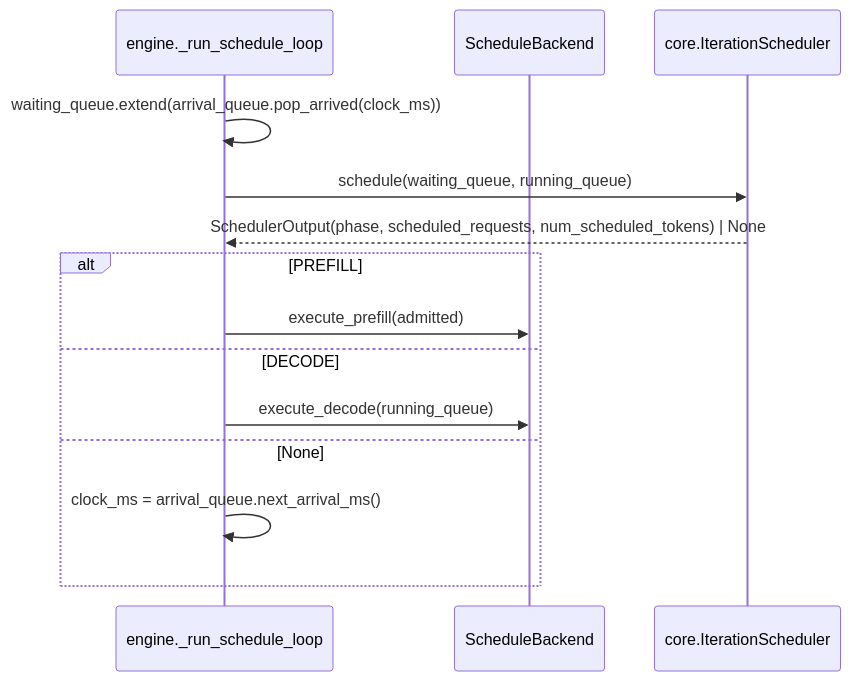
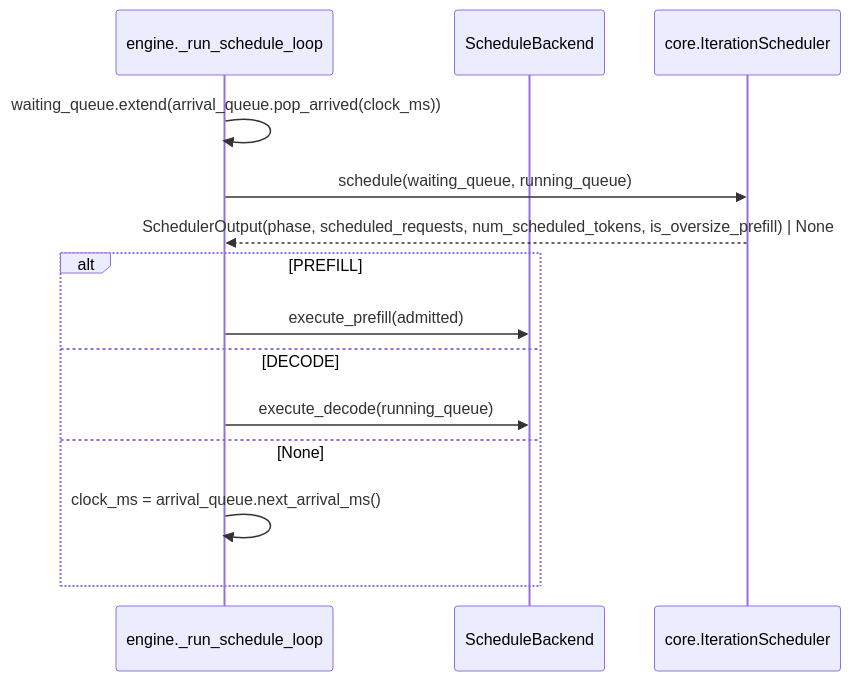
Before and after one commit to yurun00/mini-infra-qwen3: the diagram in docs/architecture/iteration-scheduling.md, drawn with Mermaid. The commit also changed other lines of this file and 34 other files, not shown here.

````diff
--- a/docs/architecture/iteration-scheduling.md
+++ b/docs/architecture/iteration-scheduling.md
@@ -11,16 +11,16 @@
 ```mermaid
 sequenceDiagram
     participant L as engine._run_schedule_loop
     participant B as ScheduleBackend
     participant S as core.IterationScheduler
     L->>L: waiting_queue.extend(arrival_queue.pop_arrived(clock_ms))
     L->>S: schedule(waiting_queue, running_queue)
-    S-->>L: SchedulerOutput(phase, scheduled_requests, num_scheduled_tokens) | None
+    S-->>L: SchedulerOutput(phase, scheduled_requests, num_scheduled_tokens, is_oversize_prefill) | None
     alt PREFILL
         L->>B: execute_prefill(admitted)
     else DECODE
         L->>B: execute_decode(running_queue)
     else None
         L->>L: clock_ms = arrival_queue.next_arrival_ms()
     end
 ```
````
